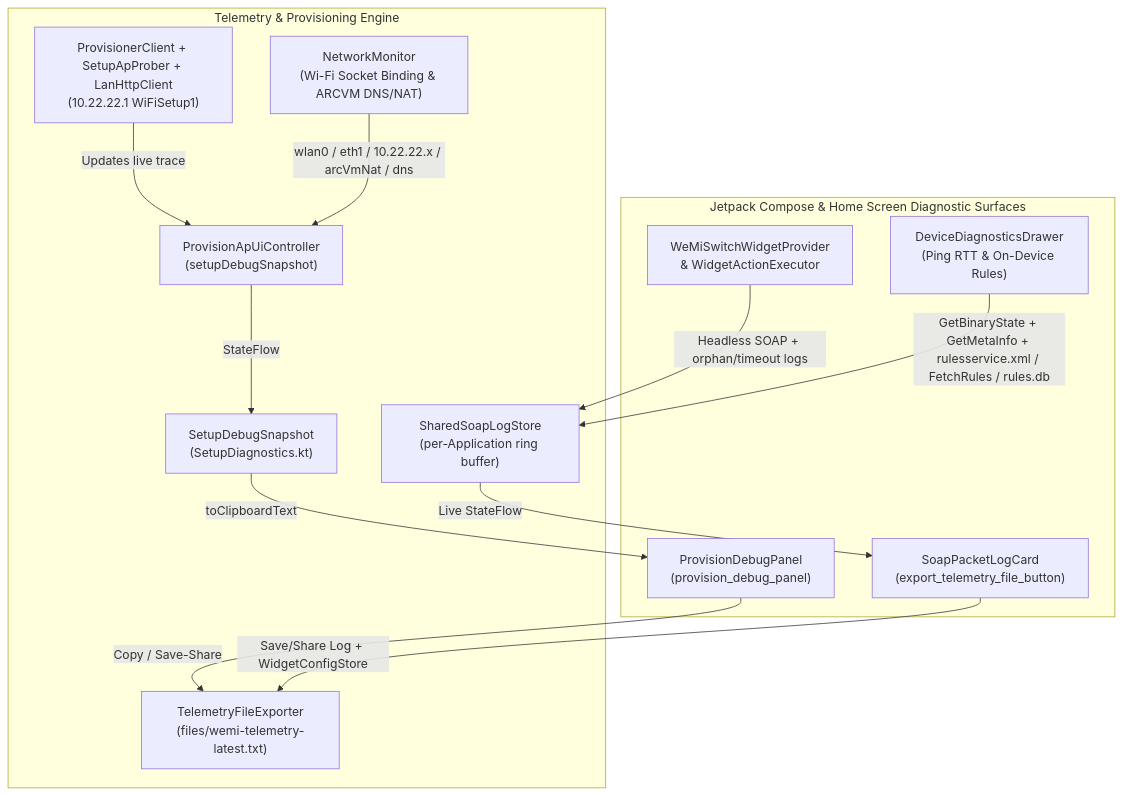
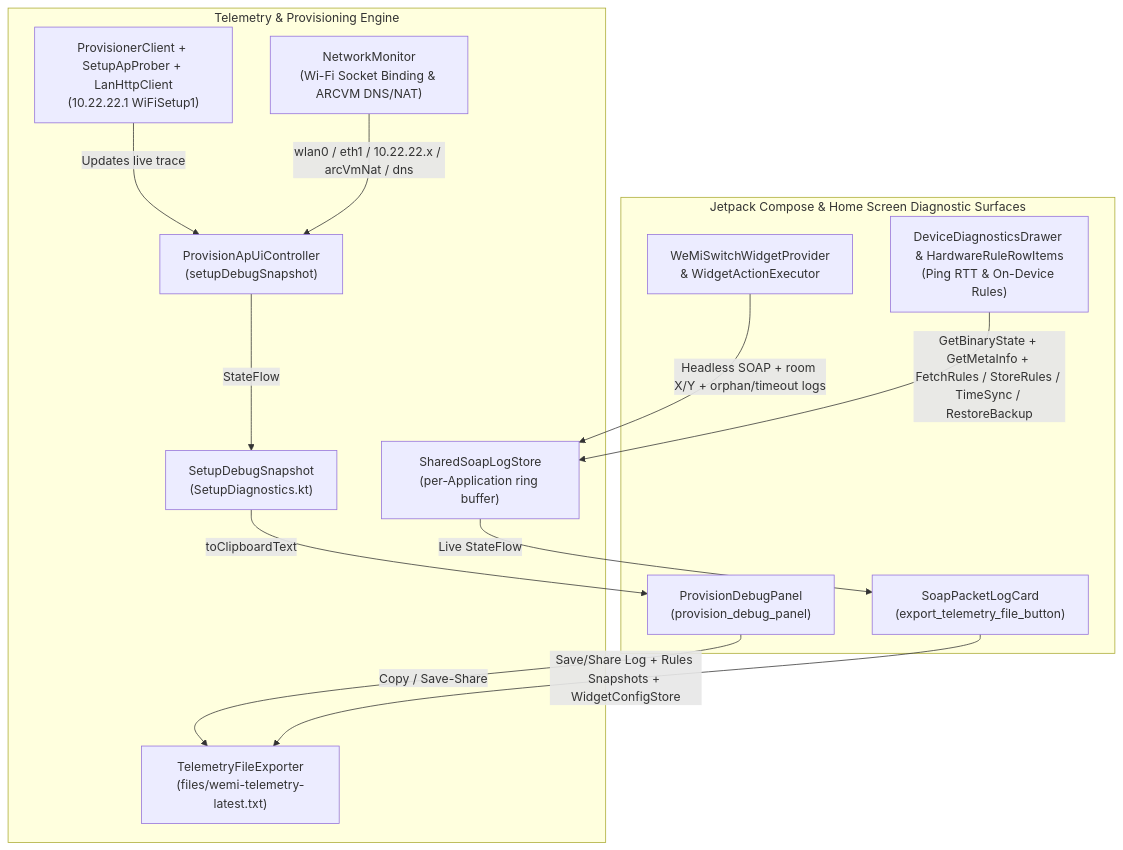
One commit to MichaelRHead/WeMi-light-control changed the diagram in DEBUGGING_AND_SUPPORT.md. Above: the diagram before and after it, drawn with Mermaid. The commit also changed other lines of this file and 14 other files, not shown here.

````diff
--- a/DEBUGGING_AND_SUPPORT.md
+++ b/DEBUGGING_AND_SUPPORT.md
@@ -42,28 +42,28 @@
 ```mermaid
 flowchart TD
     subgraph UI["Jetpack Compose & Home Screen Diagnostic Surfaces"]
         P["ProvisionDebugPanel\n(provision_debug_panel)"]
         M["SoapPacketLogCard\n(export_telemetry_file_button)"]
-        D["DeviceDiagnosticsDrawer\n(Ping RTT & On-Device Rules)"]
+        D["DeviceDiagnosticsDrawer & HardwareRuleRowItems\n(Ping RTT & On-Device Rules)"]
         W["WeMiSwitchWidgetProvider\n& WidgetActionExecutor"]
     end
 
     subgraph Core["Telemetry & Provisioning Engine"]
         U["ProvisionApUiController\n(setupDebugSnapshot)"]
         S["SetupDebugSnapshot\n(SetupDiagnostics.kt)"]
         L["SharedSoapLogStore\n(per-Application ring buffer)"]
         E["TelemetryFileExporter\n(files/wemi-telemetry-latest.txt)"]
         C["ProvisionerClient + SetupApProber + LanHttpClient\n(10.22.22.1 WiFiSetup1)"]
         N["NetworkMonitor\n(Wi-Fi Socket Binding & ARCVM DNS/NAT)"]
     end
 
     C -->|Updates live trace| U
     N -->|wlan0 / eth1 / 10.22.22.x / arcVmNat / dns| U
     U -->|StateFlow| S
     S -->|toClipboardText| P
-    W -->|Headless SOAP + orphan/timeout logs| L
+    W -->|Headless SOAP + room X/Y + orphan/timeout logs| L
     L -->|Live StateFlow| M
     P -->|Copy / Save-Share| E
-    M -->|Save/Share Log + WidgetConfigStore| E
-    D -->|GetBinaryState + GetMetaInfo + rulesservice.xml / FetchRules / rules.db| L
+    M -->|Save/Share Log + Rules Snapshots + WidgetConfigStore| E
+    D -->|GetBinaryState + GetMetaInfo + FetchRules / StoreRules / TimeSync / RestoreBackup| L
 ```
````
